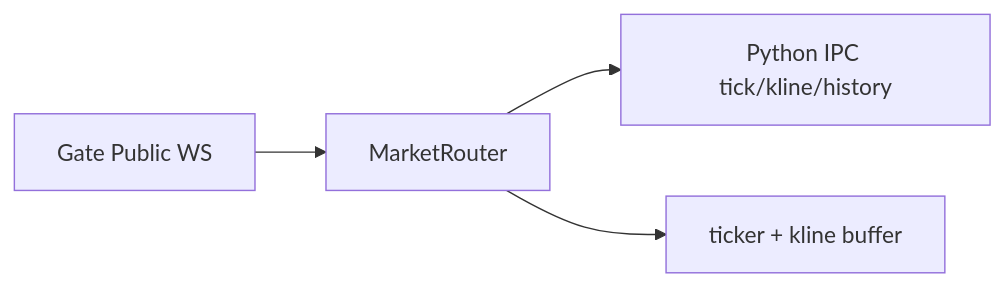
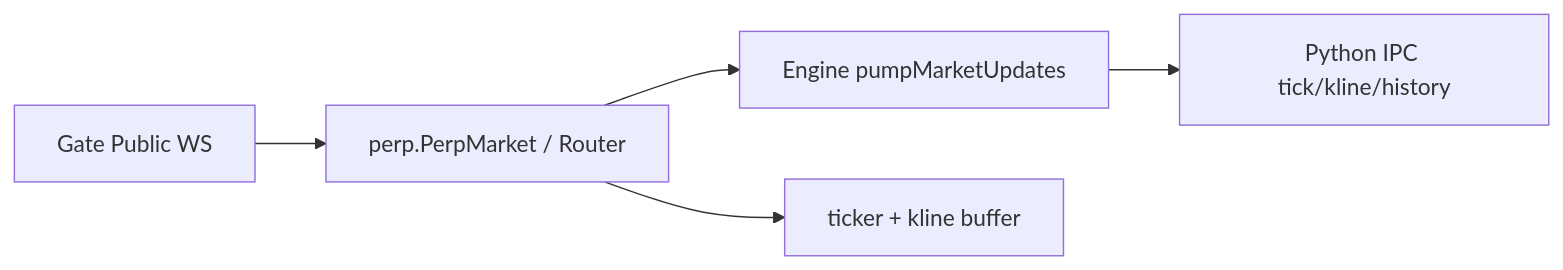
The first of 3 diagrams in docs/ARCHITECTURE.md (kainhuck/signalix), drawn with Mermaid before and after one commit. The commit also changed other lines of this file and 8 other files, not shown here.

First line of the commit message:
docs: sync architecture and config docs after EMN-5

````diff
--- a/docs/ARCHITECTURE.md
+++ b/docs/ARCHITECTURE.md
@@ -140,6 +147,7 @@
 ```mermaid
 flowchart LR
-  WS[Gate Public WS] --> MR[MarketRouter]
-  MR --> IPC[Python IPC tick/kline/history]
-  MR --> CACHE[ticker + kline buffer]
+  WS[Gate Public WS] --> PM[perp.PerpMarket / Router]
+  PM --> ENG[Engine pumpMarketUpdates]
+  ENG --> IPC[Python IPC tick/kline/history]
+  PM --> CACHE[ticker + kline buffer]
 ```
````
